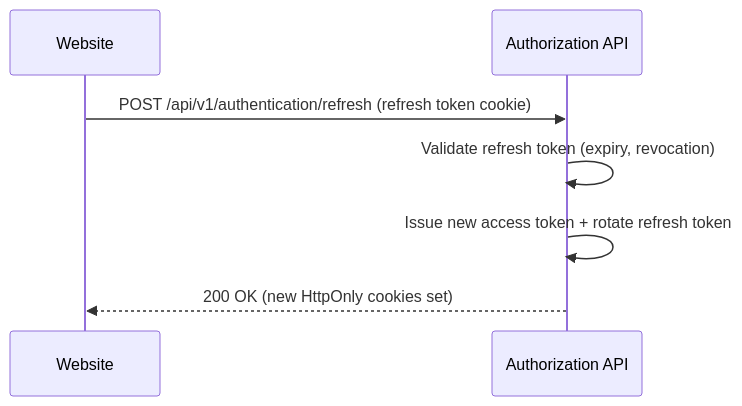
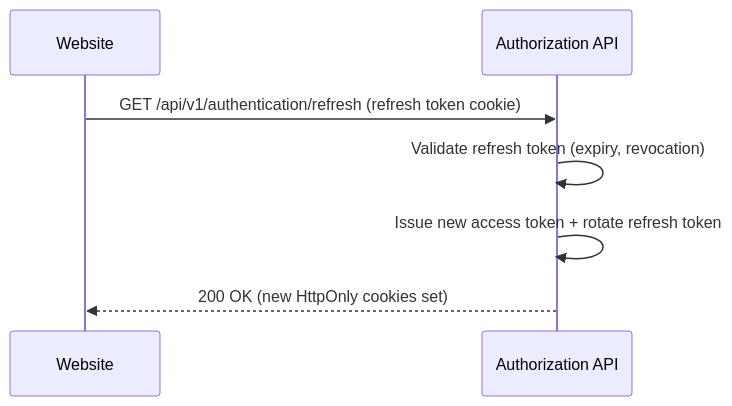
One commit to wouterfennis/TimeForCode changed the second of 4 diagrams in docs/architecture/arc42/06-runtime-view.md. Above: the diagram before and after it, drawn with Mermaid. The commit also changed 3 other files, not shown here.

````diff
--- a/docs/architecture/arc42/06-runtime-view.md
+++ b/docs/architecture/arc42/06-runtime-view.md
@@ -45,10 +45,10 @@
 ```mermaid
 sequenceDiagram
     participant Website
     participant AuthAPI as Authorization API
 
-    Website->>AuthAPI: POST /api/v1/authentication/refresh (refresh token cookie)
+    Website->>AuthAPI: GET /api/v1/authentication/refresh (refresh token cookie)
     AuthAPI->>AuthAPI: Validate refresh token (expiry, revocation)
     AuthAPI->>AuthAPI: Issue new access token + rotate refresh token
     AuthAPI-->>Website: 200 OK (new HttpOnly cookies set)
 ```
````
